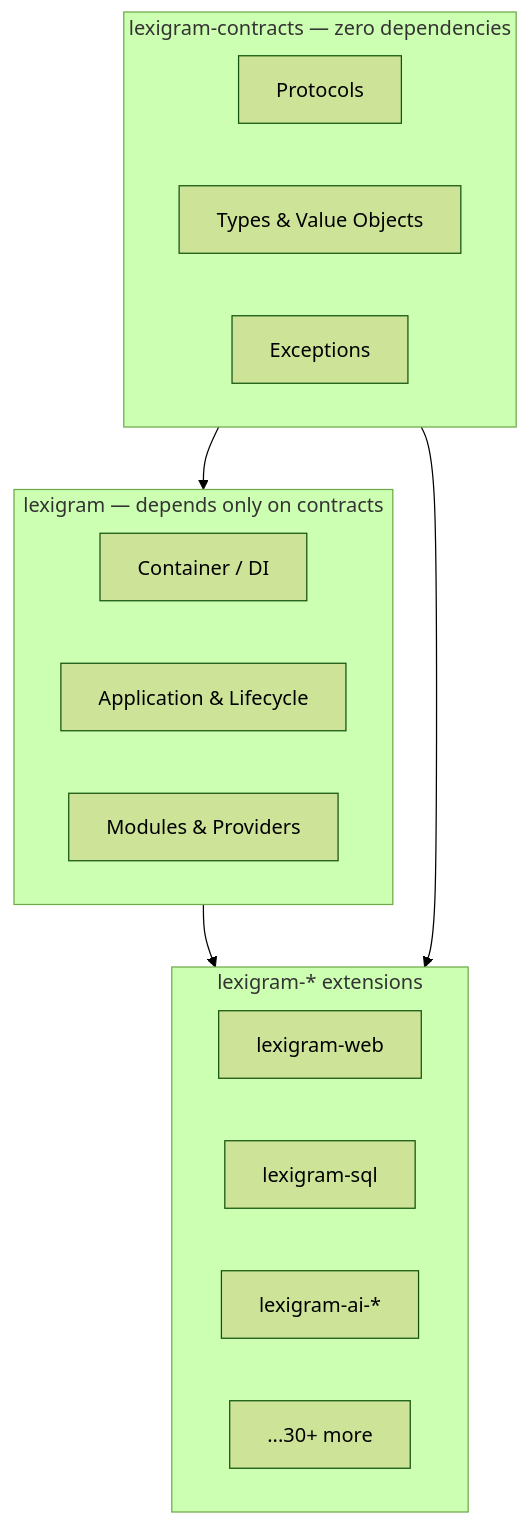
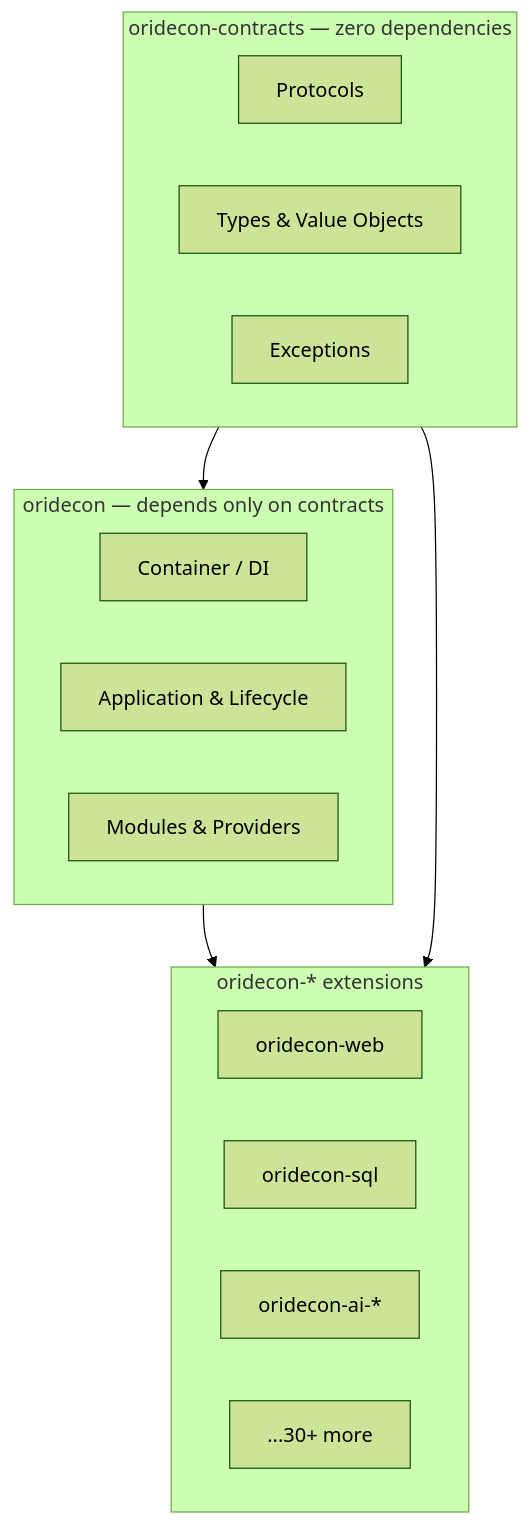
The diagram in docs/fundamentals/architecture.md (dbtinoy-/oridecon-dev), drawn with Mermaid (forest theme) before and after one commit. The commit also changed other lines of this file and 9831 other files, not shown here.

First line of the commit message:
chore: rename lexigram → oridecon (full namespace rename)

````diff
--- a/docs/fundamentals/architecture.md
+++ b/docs/fundamentals/architecture.md
@@ -10,22 +10,22 @@
 ```mermaid
 graph TB
-    subgraph L1["lexigram-contracts — zero dependencies"]
+    subgraph L1["oridecon-contracts — zero dependencies"]
         P[Protocols] 
         T[Types & Value Objects]
         E[Exceptions]
     end
-    subgraph L2["lexigram — depends only on contracts"]
+    subgraph L2["oridecon — depends only on contracts"]
         C[Container / DI]
         A[Application & Lifecycle]
         M[Modules & Providers]
     end
-    subgraph L3["lexigram-* extensions"]
-        W[lexigram-web]
-        S[lexigram-sql]
-        AI[lexigram-ai-*]
+    subgraph L3["oridecon-* extensions"]
+        W[oridecon-web]
+        S[oridecon-sql]
+        AI[oridecon-ai-*]
         More[...30+ more]
     end
     L1 --> L2
     L2 --> L3
     L1 --> L3
 ```
````
